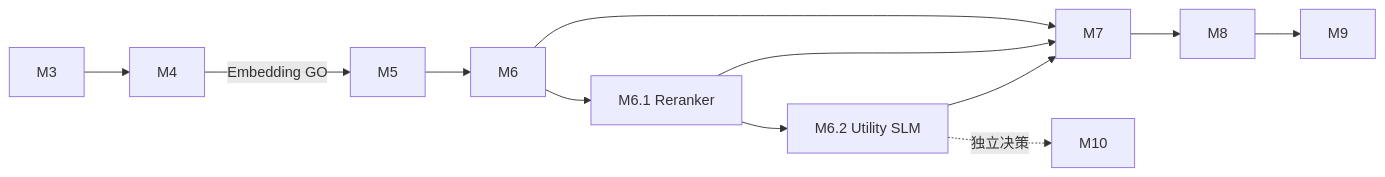
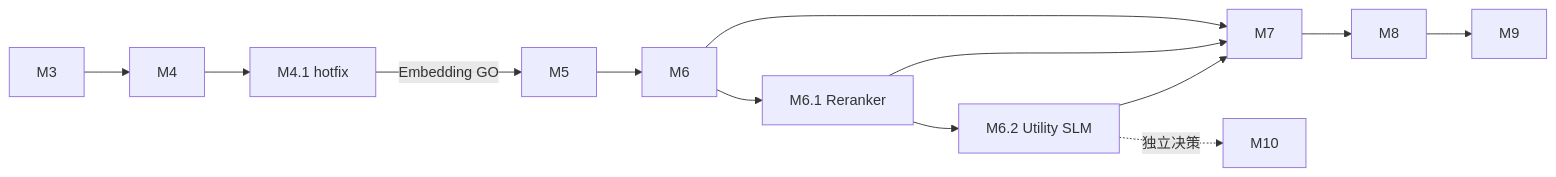
The diagram in kb/v1.3.4后续开发日志/开发规划与过程记录/v1.5-开发日志/00-v1.5-开发总览与学习路线.md (Wanjin5508/vault-coach), drawn with Mermaid before and after one commit. The commit also changed other lines of this file and 32 other files, not shown here.

````diff
--- a/kb/v1.3.4后续开发日志/开发规划与过程记录/v1.5-开发日志/00-v1.5-开发总览与学习路线.md
+++ b/kb/v1.3.4后续开发日志/开发规划与过程记录/v1.5-开发日志/00-v1.5-开发总览与学习路线.md
@@ -43,14 +44,15 @@
 ```mermaid
 flowchart LR
     M3 --> M4
-    M4 -->|Embedding GO| M5
+    M4 --> M4_1["M4.1 hotfix"]
+    M4_1 -->|Embedding GO| M5
     M5 --> M6
     M6 --> M61[M6.1 Reranker]
     M61 --> M62[M6.2 Utility SLM]
     M6 --> M7
     M61 --> M7
     M62 --> M7
     M7 --> M8
     M8 --> M9
     M62 -. 独立决策 .-> M10
 ```
````
